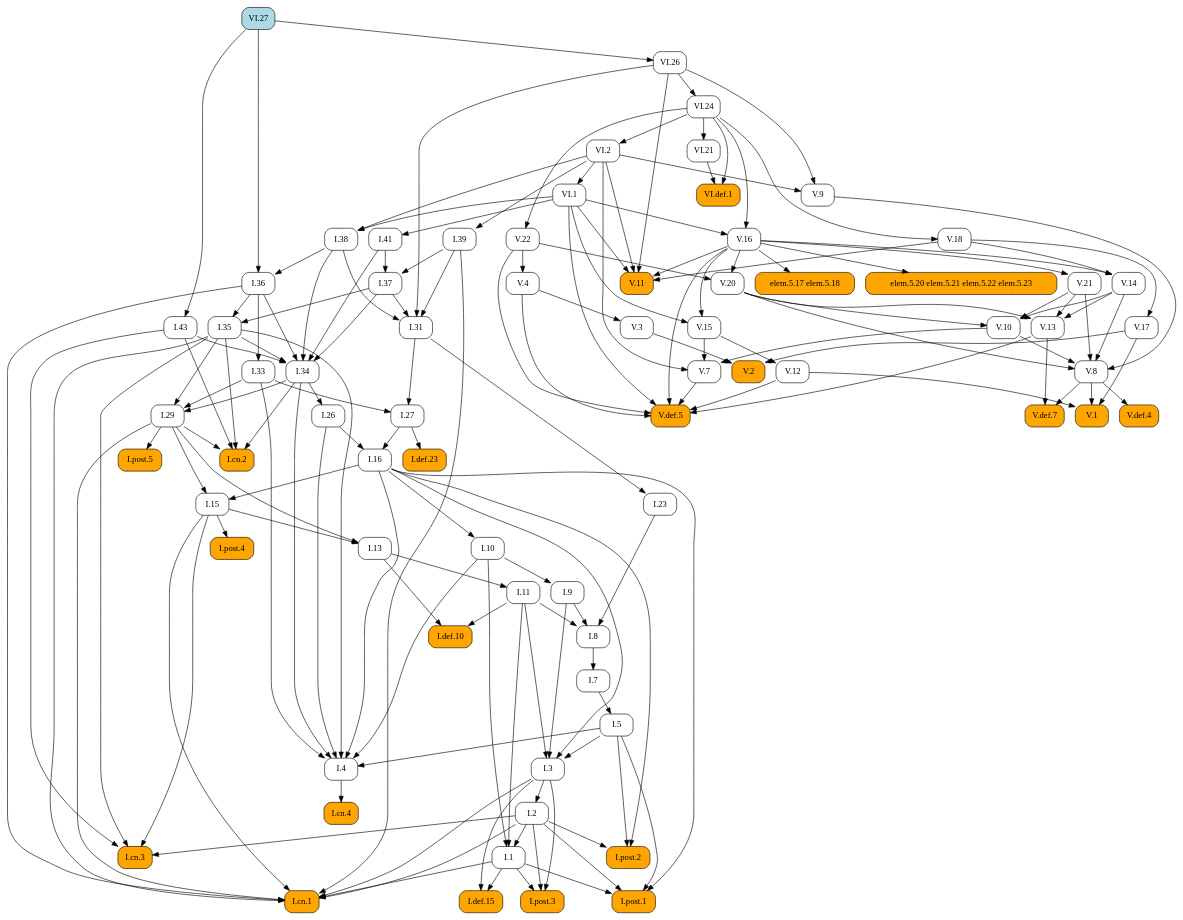
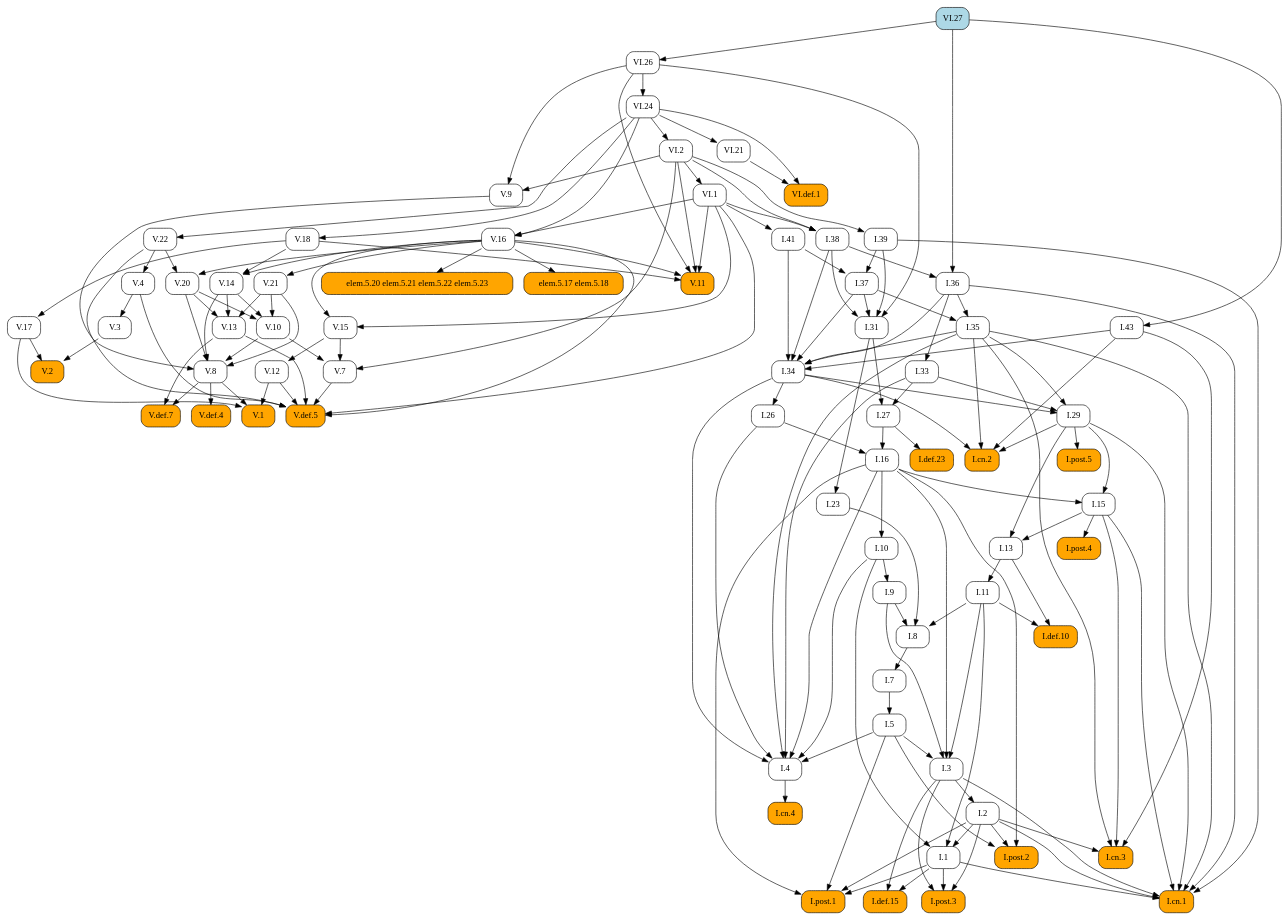
One commit to geometor/elements changed the diagram in docsrc/heath/VI/27/index.rst. Above: the diagram before and after it, drawn with Graphviz. The commit also changed other lines of this file and 484 other files, not shown here.

```diff
--- a/docsrc/heath/VI/27/index.rst
+++ b/docsrc/heath/VI/27/index.rst
@@ -62,84 +62,173 @@
    digraph {
      rankdir="TB";
      node [shape=box, style=rounded];
+     "I.23" [URL="/heath/I/23/", target="_top"];
+     "I.9" [URL="/heath/I/9/", target="_top"];
+     "VI.27" [style="rounded,filled", fillcolor=lightblue, URL="/heath/VI/27/", target="_top"];
+     "VI.def.1" [style="rounded,filled", fillcolor=orange, URL="/heath/VI/def.1/", target="_top"];
+     "V.13" [URL="/heath/V/13/", target="_top"];
+     "I.def.15" [style="rounded,filled", fillcolor=orange, URL="/heath/I/def.15/", target="_top"];
+     "V.7" [URL="/heath/V/7/", target="_top"];
+     "elem.5.17 elem.5.18" [style="rounded,filled", fillcolor=orange];
+     "I.post.1" [style="rounded,filled", fillcolor=orange, URL="/heath/I/post.1/", target="_top"];
+     "V.14" [URL="/heath/V/14/", target="_top"];
+     "I.43" [URL="/heath/I/43/", target="_top"];
+     "V.9" [URL="/heath/V/9/", target="_top"];
+     "I.31" [URL="/heath/I/31/", target="_top"];
      "I.def.10" [style="rounded,filled", fillcolor=orange, URL="/heath/I/def.10/", target="_top"];
+     "V.10" [URL="/heath/V/10/", target="_top"];
+     "V.4" [URL="/heath/V/4/", target="_top"];
+     "VI.1" [URL="/heath/VI/1/", target="_top"];
+     "I.39" [URL="/heath/I/39/", target="_top"];
+     "V.11" [style="rounded,filled", fillcolor=orange, URL="/heath/V/11/", target="_top"];
+     "I.34" [URL="/heath/I/34/", target="_top"];
+     "V.17" [URL="/heath/V/17/", target="_top"];
+     "I.3" [URL="/heath/I/3/", target="_top"];
+     "V.def.4" [style="rounded,filled", fillcolor=orange, URL="/heath/V/def.4/", target="_top"];
+     "V.def.7" [style="rounded,filled", fillcolor=orange, URL="/heath/V/def.7/", target="_top"];
+     "V.21" [URL="/heath/V/21/", target="_top"];
+     "I.2" [URL="/heath/I/2/", target="_top"];
+     "V.3" [URL="/heath/V/3/", target="_top"];
+     "I.13" [URL="/heath/I/13/", target="_top"];
+     "I.post.4" [style="rounded,filled", fillcolor=orange, URL="/heath/I/post.4/", target="_top"];
+     "I.4" [URL="/heath/I/4/", target="_top"];
+     "I.1" [URL="/heath/I/1/", target="_top"];
+     "I.8" [URL="/heath/I/8/", target="_top"];
+     "I.29" [URL="/heath/I/29/", target="_top"];
+     "V.8" [URL="/heath/V/8/", target="_top"];
+     "VI.24" [URL="/heath/VI/24/", target="_top"];
+     "I.38" [URL="/heath/I/38/", target="_top"];
+     "I.15" [URL="/heath/I/15/", target="_top"];
+     "I.10" [URL="/heath/I/10/", target="_top"];
      "I.11" [URL="/heath/I/11/", target="_top"];
-     "I.post.4" [style="rounded,filled", fillcolor=orange, URL="/heath/I/post.4/", target="_top"];
-     "I.1" [URL="/heath/I/1/", target="_top"];
+     "I.def.23" [style="rounded,filled", fillcolor=orange, URL="/heath/I/def.23/", target="_top"];
      "VI.21" [URL="/heath/VI/21/", target="_top"];
+     "I.26" [URL="/heath/I/26/", target="_top"];
+     "V.16" [URL="/heath/V/16/", target="_top"];
+     "I.33" [URL="/heath/I/33/", target="_top"];
+     "VI.26" [URL="/heath/VI/26/", target="_top"];
+     "I.post.3" [style="rounded,filled", fillcolor=orange, URL="/heath/I/post.3/", target="_top"];
      "V.def.5" [style="rounded,filled", fillcolor=orange, URL="/heath/V/def.5/", target="_top"];
-     "V.13" [URL="/heath/V/13/", target="_top"];
-     "V.11" [style="rounded,filled", fillcolor=orange, URL="/heath/V/11/", target="_top"];
-     "I.post.3" [style="rounded,filled", fillcolor=orange, URL="/heath/I/post.3/", target="_top"];
-     "VI.1" [URL="/heath/VI/1/", target="_top"];
+     "I.27" [URL="/heath/I/27/", target="_top"];
+     "V.20" [URL="/heath/V/20/", target="_top"];
+     "V.12" [URL="/heath/V/12/", target="_top"];
+     "I.35" [URL="/heath/I/35/", target="_top"];
+     "I.cn.1" [style="rounded,filled", fillcolor=orange, URL="/heath/I/cn.1/", target="_top"];
+     "V.2" [style="rounded,filled", fillcolor=orange, URL="/heath/V/2/", target="_top"];
+     "I.7" [URL="/heath/I/7/", target="_top"];
+     "I.36" [URL="/heath/I/36/", target="_top"];
+     "I.5" [URL="/heath/I/5/", target="_top"];
+     "I.37" [URL="/heath/I/37/", target="_top"];
      "I.cn.3" [style="rounded,filled", fillcolor=orange, URL="/heath/I/cn.3/", target="_top"];
-     "V.16" [URL="/heath/V/16/", target="_top"];
-     "V.3" [URL="/heath/V/3/", target="_top"];
-     "I.36" [URL="/heath/I/36/", target="_top"];
-     "I.27" [URL="/heath/I/27/", target="_top"];
-     "V.8" [URL="/heath/V/8/", target="_top"];
+     "V.18" [URL="/heath/V/18/", target="_top"];
+     "I.16" [URL="/heath/I/16/", target="_top"];
+     "V.22" [URL="/heath/V/22/", target="_top"];
+     "V.1" [style="rounded,filled", fillcolor=orange, URL="/heath/V/1/", target="_top"];
+     "I.cn.2" [style="rounded,filled", fillcolor=orange, URL="/heath/I/cn.2/", target="_top"];
+     "I.post.5" [style="rounded,filled", fillcolor=orange, URL="/heath/I/post.5/", target="_top"];
+     "VI.2" [URL="/heath/VI/2/", target="_top"];
+     "I.cn.4" [style="rounded,filled", fillcolor=orange, URL="/heath/I/cn.4/", target="_top"];
+     "V.15" [URL="/heath/V/15/", target="_top"];
+     "I.post.2" [style="rounded,filled", fillcolor=orange, URL="/heath/I/post.2/", target="_top"];
      "I.41" [URL="/heath/I/41/", target="_top"];
-     "I.37" [URL="/heath/I/37/", target="_top"];
-     "I.34" [URL="/heath/I/34/", target="_top"];
-     "I.2" [URL="/heath/I/2/", target="_top"];
-     "I.def.23" [style="rounded,filled", fillcolor=orange, URL="/heath/I/def.23/", target="_top"];
-     "I.33" [URL="/heath/I/33/", target="_top"];
-     "I.post.2" [style="rounded,filled", fillcolor=orange, URL="/heath/I/post.2/", target="_top"];
-     "VI.def.1" [style="rounded,filled", fillcolor=orange, URL="/heath/VI/def.1/", target="_top"];
      "elem.5.20 elem.5.21 elem.5.22 elem.5.23" [style="rounded,filled", fillcolor=orange];
-     "I.9" [URL="/heath/I/9/", target="_top"];
-     "VI.26" [URL="/heath/VI/26/", target="_top"];
-     "I.cn.4" [style="rounded,filled", fillcolor=orange, URL="/heath/I/cn.4/", target="_top"];
-     "V.def.4" [style="rounded,filled", fillcolor=orange, URL="/heath/V/def.4/", target="_top"];
-     "I.15" [URL="/heath/I/15/", target="_top"];
-     "I.38" [URL="/heath/I/38/", target="_top"];
-     "V.def.7" [style="rounded,filled", fillcolor=orange, URL="/heath/V/def.7/", target="_top"];
-     "I.5" [URL="/heath/I/5/", target="_top"];
-     "V.21" [URL="/heath/V/21/", target="_top"];
-     "I.39" [URL="/heath/I/39/", target="_top"];
-     "I.26" [URL="/heath/I/26/", target="_top"];
-     "V.14" [URL="/heath/V/14/", target="_top"];
-     "I.29" [URL="/heath/I/29/", target="_top"];
-     "V.22" [URL="/heath/V/22/", target="_top"];
-     "V.12" [URL="/heath/V/12/", target="_top"];
-     "I.cn.2" [style="rounded,filled", fillcolor=orange, URL="/heath/I/cn.2/", target="_top"];
-     "V.20" [URL="/heath/V/20/", target="_top"];
-     "V.10" [URL="/heath/V/10/", target="_top"];
-     "VI.2" [URL="/heath/VI/2/", target="_top"];
-     "I.def.15" [style="rounded,filled", fillcolor=orange, URL="/heath/I/def.15/", target="_top"];
-     "V.15" [URL="/heath/V/15/", target="_top"];
-     "I.cn.1" [style="rounded,filled", fillcolor=orange, URL="/heath/I/cn.1/", target="_top"];
-     "V.7" [URL="/heath/V/7/", target="_top"];
-     "V.9" [URL="/heath/V/9/", target="_top"];
-     "V.18" [URL="/heath/V/18/", target="_top"];
-     "I.23" [URL="/heath/I/23/", target="_top"];
-     "I.43" [URL="/heath/I/43/", target="_top"];
-     "I.post.1" [style="rounded,filled", fillcolor=orange, URL="/heath/I/post.1/", target="_top"];
-     "I.35" [URL="/heath/I/35/", target="_top"];
-     "I.7" [URL="/heath/I/7/", target="_top"];
-     "I.3" [URL="/heath/I/3/", target="_top"];
-     "I.4" [URL="/heath/I/4/", target="_top"];
-     "I.13" [URL="/heath/I/13/", target="_top"];
-     "V.17" [URL="/heath/V/17/", target="_top"];
-     "V.4" [URL="/heath/V/4/", target="_top"];
-     "I.31" [URL="/heath/I/31/", target="_top"];
-     "V.1" [style="rounded,filled", fillcolor=orange, URL="/heath/V/1/", target="_top"];
-     "VI.24" [URL="/heath/VI/24/", target="_top"];
-     "I.16" [URL="/heath/I/16/", target="_top"];
-     "elem.5.17 elem.5.18" [style="rounded,filled", fillcolor=orange];
-     "I.8" [URL="/heath/I/8/", target="_top"];
-     "V.2" [style="rounded,filled", fillcolor=orange, URL="/heath/V/2/", target="_top"];
-     "I.post.5" [style="rounded,filled", fillcolor=orange, URL="/heath/I/post.5/", target="_top"];
-     "I.10" [URL="/heath/I/10/", target="_top"];
-     "VI.27" [style="rounded,filled", fillcolor=lightblue, URL="/heath/VI/27/", target="_top"];
+     "I.31" -> "I.23";
+     "I.10" -> "I.9";
+     "VI.21" -> "VI.def.1";
+     "VI.24" -> "VI.def.1";
+     "V.14" -> "V.13";
+     "V.20" -> "V.13";
+     "V.21" -> "V.13";
+     "I.1" -> "I.def.15";
+     "I.3" -> "I.def.15";
+     "V.10" -> "V.7";
+     "V.15" -> "V.7";
+     "VI.2" -> "V.7";
+     "V.16" -> "elem.5.17 elem.5.18";
+     "I.1" -> "I.post.1";
+     "I.2" -> "I.post.1";
+     "I.5" -> "I.post.1";
+     "I.16" -> "I.post.1";
+     "V.16" -> "V.14";
+     "V.18" -> "V.14";
+     "VI.27" -> "I.43";
+     "VI.2" -> "V.9";
+     "VI.26" -> "V.9";
+     "I.37" -> "I.31";
+     "I.38" -> "I.31";
+     "I.39" -> "I.31";
+     "VI.26" -> "I.31";
      "I.11" -> "I.def.10";
      "I.13" -> "I.def.10";
-     "I.13" -> "I.11";
+     "V.14" -> "V.10";
+     "V.20" -> "V.10";
+     "V.21" -> "V.10";
+     "V.22" -> "V.4";
+     "VI.2" -> "VI.1";
+     "VI.2" -> "I.39";
+     "V.16" -> "V.11";
+     "V.18" -> "V.11";
+     "VI.1" -> "V.11";
+     "VI.2" -> "V.11";
+     "VI.26" -> "V.11";
+     "I.35" -> "I.34";
+     "I.36" -> "I.34";
+     "I.37" -> "I.34";
+     "I.38" -> "I.34";
+     "I.41" -> "I.34";
+     "I.43" -> "I.34";
+     "V.18" -> "V.17";
+     "I.5" -> "I.3";
+     "I.9" -> "I.3";
+     "I.11" -> "I.3";
+     "I.16" -> "I.3";
+     "V.8" -> "V.def.4";
+     "V.8" -> "V.def.7";
+     "V.13" -> "V.def.7";
+     "V.16" -> "V.21";
+     "I.3" -> "I.2";
+     "V.4" -> "V.3";
+     "I.15" -> "I.13";
+     "I.29" -> "I.13";
      "I.15" -> "I.post.4";
+     "I.5" -> "I.4";
+     "I.10" -> "I.4";
+     "I.16" -> "I.4";
+     "I.26" -> "I.4";
+     "I.33" -> "I.4";
+     "I.34" -> "I.4";
+     "I.35" -> "I.4";
      "I.2" -> "I.1";
      "I.10" -> "I.1";
      "I.11" -> "I.1";
+     "I.9" -> "I.8";
+     "I.11" -> "I.8";
+     "I.23" -> "I.8";
+     "I.33" -> "I.29";
+     "I.34" -> "I.29";
+     "I.35" -> "I.29";
+     "V.9" -> "V.8";
+     "V.10" -> "V.8";
+     "V.14" -> "V.8";
+     "V.20" -> "V.8";
+     "V.21" -> "V.8";
+     "VI.26" -> "VI.24";
+     "VI.1" -> "I.38";
+     "VI.2" -> "I.38";
+     "I.16" -> "I.15";
+     "I.29" -> "I.15";
+     "I.16" -> "I.10";
+     "I.13" -> "I.11";
+     "I.27" -> "I.def.23";
      "VI.24" -> "VI.21";
+     "I.34" -> "I.26";
+     "VI.1" -> "V.16";
+     "VI.24" -> "V.16";
+     "I.36" -> "I.33";
+     "VI.27" -> "VI.26";
+     "I.1" -> "I.post.3";
+     "I.2" -> "I.post.3";
+     "I.3" -> "I.post.3";
      "V.4" -> "V.def.5";
      "V.7" -> "V.def.5";
      "V.12" -> "V.def.5";
@@ -147,87 +236,13 @@
      "V.16" -> "V.def.5";
      "V.22" -> "V.def.5";
      "VI.1" -> "V.def.5";
-     "V.14" -> "V.13";
-     "V.20" -> "V.13";
-     "V.21" -> "V.13";
-     "V.16" -> "V.11";
-     "V.18" -> "V.11";
-     "VI.1" -> "V.11";
-     "VI.2" -> "V.11";
-     "VI.26" -> "V.11";
-     "I.1" -> "I.post.3";
-     "I.2" -> "I.post.3";
-     "I.3" -> "I.post.3";
-     "VI.2" -> "VI.1";
-     "I.2" -> "I.cn.3";
-     "I.15" -> "I.cn.3";
-     "I.35" -> "I.cn.3";
-     "I.43" -> "I.cn.3";
-     "VI.1" -> "V.16";
-     "VI.24" -> "V.16";
-     "V.4" -> "V.3";
-     "I.38" -> "I.36";
-     "VI.27" -> "I.36";
      "I.31" -> "I.27";
      "I.33" -> "I.27";
-     "V.9" -> "V.8";
-     "V.10" -> "V.8";
-     "V.14" -> "V.8";
-     "V.20" -> "V.8";
-     "V.21" -> "V.8";
-     "VI.1" -> "I.41";
-     "I.39" -> "I.37";
-     "I.41" -> "I.37";
-     "I.35" -> "I.34";
-     "I.36" -> "I.34";
-     "I.37" -> "I.34";
-     "I.38" -> "I.34";
-     "I.41" -> "I.34";
-     "I.43" -> "I.34";
-     "I.3" -> "I.2";
-     "I.27" -> "I.def.23";
-     "I.36" -> "I.33";
-     "I.2" -> "I.post.2";
-     "I.5" -> "I.post.2";
-     "I.16" -> "I.post.2";
-     "VI.21" -> "VI.def.1";
-     "VI.24" -> "VI.def.1";
-     "V.16" -> "elem.5.20 elem.5.21 elem.5.22 elem.5.23";
-     "I.10" -> "I.9";
-     "VI.27" -> "VI.26";
-     "I.4" -> "I.cn.4";
-     "V.8" -> "V.def.4";
-     "I.16" -> "I.15";
-     "I.29" -> "I.15";
-     "VI.1" -> "I.38";
-     "VI.2" -> "I.38";
-     "V.8" -> "V.def.7";
-     "V.13" -> "V.def.7";
-     "I.7" -> "I.5";
-     "V.16" -> "V.21";
-     "VI.2" -> "I.39";
-     "I.34" -> "I.26";
-     "V.16" -> "V.14";
-     "V.18" -> "V.14";
-     "I.33" -> "I.29";
-     "I.34" -> "I.29";
-     "I.35" -> "I.29";
-     "VI.24" -> "V.22";
-     "V.15" -> "V.12";
-     "I.29" -> "I.cn.2";
-     "I.34" -> "I.cn.2";
-     "I.35" -> "I.cn.2";
-     "I.43" -> "I.cn.2";
      "V.16" -> "V.20";
      "V.22" -> "V.20";
-     "V.14" -> "V.10";
-     "V.20" -> "V.10";
-     "V.21" -> "V.10";
-     "VI.24" -> "VI.2";
-     "I.1" -> "I.def.15";
-     "I.3" -> "I.def.15";
-     "V.16" -> "V.15";
-     "VI.1" -> "V.15";
+     "V.15" -> "V.12";
+     "I.36" -> "I.35";
+     "I.37" -> "I.35";
      "I.1" -> "I.cn.1";
      "I.2" -> "I.cn.1";
      "I.3" -> "I.cn.1";
@@ -236,52 +251,37 @@
      "I.35" -> "I.cn.1";
      "I.36" -> "I.cn.1";
      "I.39" -> "I.cn.1";
-     "V.10" -> "V.7";
-     "V.15" -> "V.7";
-     "VI.2" -> "V.7";
-     "VI.2" -> "V.9";
-     "VI.26" -> "V.9";
+     "V.3" -> "V.2";
+     "V.17" -> "V.2";
+     "I.8" -> "I.7";
+     "I.38" -> "I.36";
+     "VI.27" -> "I.36";
+     "I.7" -> "I.5";
+     "I.39" -> "I.37";
+     "I.41" -> "I.37";
+     "I.2" -> "I.cn.3";
+     "I.15" -> "I.cn.3";
+     "I.35" -> "I.cn.3";
+     "I.43" -> "I.cn.3";
      "VI.24" -> "V.18";
-     "I.31" -> "I.23";
-     "VI.27" -> "I.43";
-     "I.1" -> "I.post.1";
-     "I.2" -> "I.post.1";
-     "I.5" -> "I.post.1";
-     "I.16" -> "I.post.1";
-     "I.36" -> "I.35";
-     "I.37" -> "I.35";
-     "I.8" -> "I.7";
-     "I.5" -> "I.3";
-     "I.9" -> "I.3";
-     "I.11" -> "I.3";
-     "I.16" -> "I.3";
-     "I.5" -> "I.4";
-     "I.10" -> "I.4";
-     "I.16" -> "I.4";
-     "I.26" -> "I.4";
-     "I.33" -> "I.4";
-     "I.34" -> "I.4";
-     "I.35" -> "I.4";
-     "I.15" -> "I.13";
-     "I.29" -> "I.13";
-     "V.18" -> "V.17";
-     "V.22" -> "V.4";
-     "I.37" -> "I.31";
-     "I.38" -> "I.31";
-     "I.39" -> "I.31";
-     "VI.26" -> "I.31";
+     "I.26" -> "I.16";
+     "I.27" -> "I.16";
+     "VI.24" -> "V.22";
      "V.8" -> "V.1";
      "V.12" -> "V.1";
      "V.17" -> "V.1";
-     "VI.26" -> "VI.24";
-     "I.26" -> "I.16";
-     "I.27" -> "I.16";
-     "V.16" -> "elem.5.17 elem.5.18";
-     "I.9" -> "I.8";
-     "I.11" -> "I.8";
-     "I.23" -> "I.8";
-     "V.3" -> "V.2";
-     "V.17" -> "V.2";
+     "I.29" -> "I.cn.2";
+     "I.34" -> "I.cn.2";
+     "I.35" -> "I.cn.2";
+     "I.43" -> "I.cn.2";
      "I.29" -> "I.post.5";
-     "I.16" -> "I.10";
+     "VI.24" -> "VI.2";
+     "I.4" -> "I.cn.4";
+     "V.16" -> "V.15";
+     "VI.1" -> "V.15";
+     "I.2" -> "I.post.2";
+     "I.5" -> "I.post.2";
+     "I.16" -> "I.post.2";
+     "VI.1" -> "I.41";
+     "V.16" -> "elem.5.20 elem.5.21 elem.5.22 elem.5.23";
    }
```
